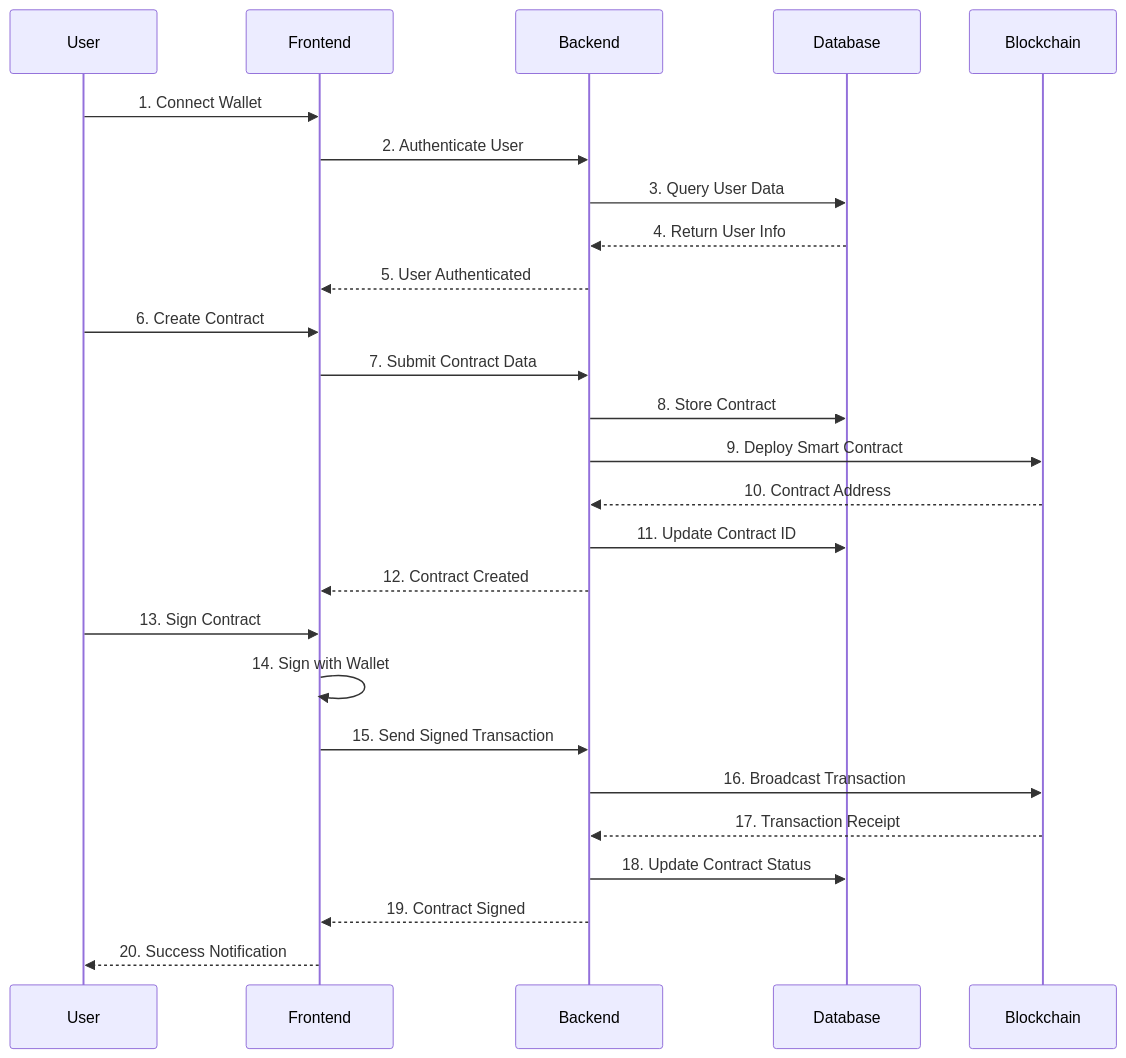
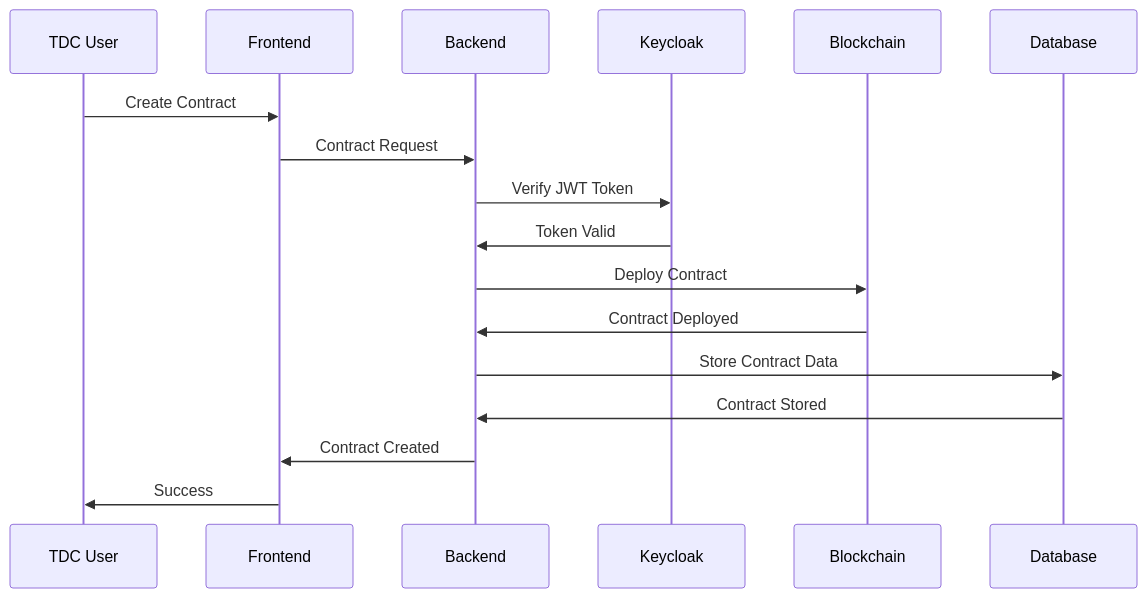
One commit to gitmujoshi/Confidential-AI-Network changed the ninth of 19 diagrams in ARCHITECTURE_GUIDE.md. Above: the diagram before and after it, drawn with Mermaid. The commit also changed other lines of this file, not shown here.

First line of the commit message:
docs: refactor architecture guide with modular chunking approach

````diff
--- a/ARCHITECTURE_GUIDE.md
+++ b/ARCHITECTURE_GUIDE.md
@@ -230,31 +378,20 @@
 ```mermaid
 sequenceDiagram
-    participant U as User
+    participant TDC as TDC User
     participant F as Frontend
     participant B as Backend
-    participant D as Database
+    participant IAM as Keycloak
     participant BC as Blockchain
+    participant DB as Database
     
-    U->>F: 1. Connect Wallet
-    F->>B: 2. Authenticate User
-    B->>D: 3. Query User Data
-    D-->>B: 4. Return User Info
-    B-->>F: 5. User Authenticated
-    
-    U->>F: 6. Create Contract
-    F->>B: 7. Submit Contract Data
-    B->>D: 8. Store Contract
-    B->>BC: 9. Deploy Smart Contract
-    BC-->>B: 10. Contract Address
-    B->>D: 11. Update Contract ID
-    B-->>F: 12. Contract Created
-    
-    U->>F: 13. Sign Contract
-    F->>F: 14. Sign with Wallet
-    F->>B: 15. Send Signed Transaction
-    B->>BC: 16. Broadcast Transaction
-    BC-->>B: 17. Transaction Receipt
-    B->>D: 18. Update Contract Status
-    B-->>F: 19. Contract Signed
-    F-->>U: 20. Success Notification
+    TDC->>F: Create Contract
+    F->>B: Contract Request
+    B->>IAM: Verify JWT Token
+    IAM->>B: Token Valid
+    B->>BC: Deploy Contract
+    BC->>B: Contract Deployed
+    B->>DB: Store Contract Data
+    DB->>B: Contract Stored
+    B->>F: Contract Created
+    F->>TDC: Success
 ```
````
